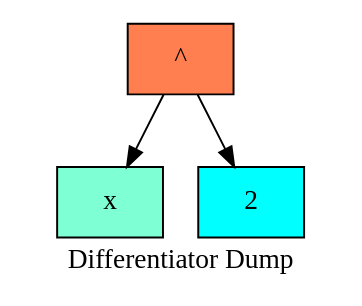
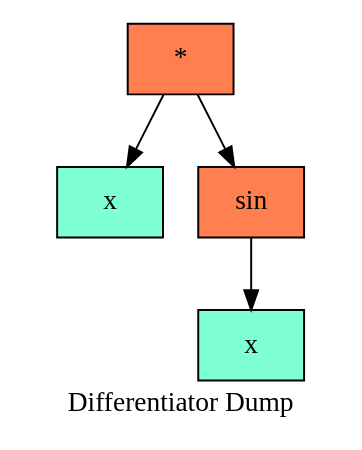
The diagram in log/dot/treegraph_0.dot (aidenfmunro/Differentiator), drawn with Graphviz before and after one commit. The commit also changed 10 other files, not shown here.

```diff
--- a/log/dot/treegraph_0.dot
+++ b/log/dot/treegraph_0.dot
@@ -1,11 +1,13 @@
   digraph tree  {
   node[   shape     = "Mrecord",  style     = "filled",  fillcolor = "aqua",  fontcolor = "#000000",  margin    = "0.075"];
   rankdir   = "TB";
 
   label     = "Differentiator Dump";
-"node0" [shape = "record", label = "{^}", fillcolor = "coral"]
+"node0" [shape = "record", label = "{*}", fillcolor = "coral"]
 "node1" [shape = "record", label = "{x}", fillcolor = "aquamarine"]
 "node0" -> "node1"
-"node2" [shape = "record", label = "{2}", fillcolor = "aqua"]
+"node2" [shape = "record", label = "{sin}", fillcolor = "coral"]
+"node3" [shape = "record", label = "{x}", fillcolor = "aquamarine"]
+"node2" -> "node3"
 "node0" -> "node2"
   }
```
